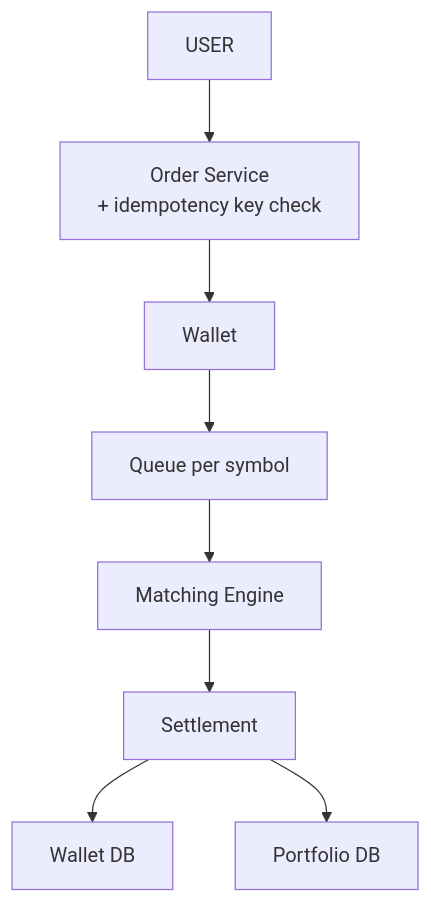
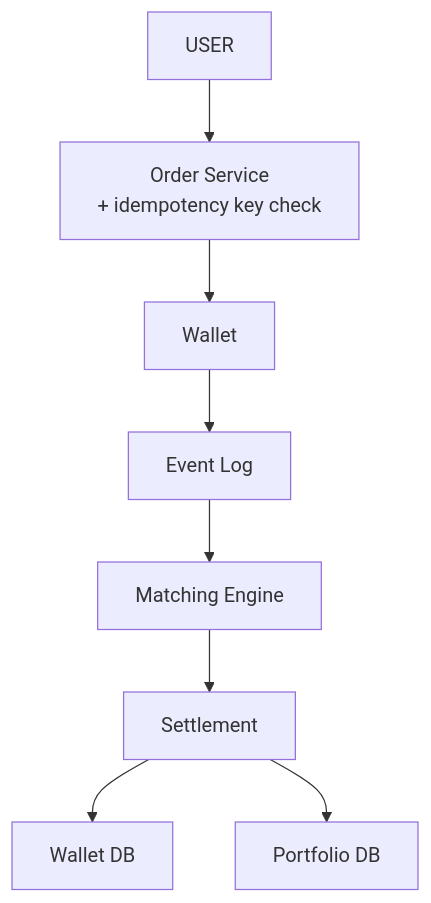
Before and after one commit to ArpanMaheshwari144/Prep: the eighth of 10 diagrams in 04_HLD/SYSTEM_DESIGNS/05_stock_broker_trading/05_stock_broker_trading.md, drawn with Mermaid. The commit also changed other lines of this file, not shown here.

Commit message:
stock: one-day story in first person, cues, kahani index, progressive diagrams

````diff
--- a/04_HLD/SYSTEM_DESIGNS/05_stock_broker_trading/05_stock_broker_trading.md
+++ b/04_HLD/SYSTEM_DESIGNS/05_stock_broker_trading/05_stock_broker_trading.md
@@ -307,18 +403,18 @@
 ```mermaid
 flowchart TD
     n_USER["USER"]
     n_Order_Service["Order Service<br/>+ idempotency key check"]
     n_Wallet["Wallet"]
-    n_Queue_per_symbol["Queue per symbol"]
+    n_Event_Log["Event Log"]
     n_Matching_Engine["Matching Engine"]
     n_Settlement["Settlement"]
     n_Wallet_DB["Wallet DB"]
     n_Portfolio_DB["Portfolio DB"]
     n_USER --> n_Order_Service
     n_Order_Service --> n_Wallet
-    n_Wallet --> n_Queue_per_symbol
-    n_Queue_per_symbol --> n_Matching_Engine
+    n_Wallet --> n_Event_Log
+    n_Event_Log --> n_Matching_Engine
     n_Matching_Engine --> n_Settlement
     n_Settlement --> n_Wallet_DB
     n_Settlement --> n_Portfolio_DB
 ```
````
